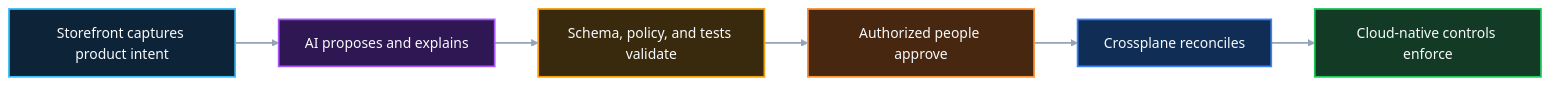
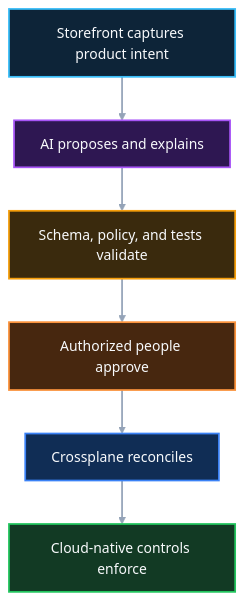
Before and after one commit to SAABOLImpactVenture/ai-powered-infrastructure-as-a-product: the second of 7 diagrams in README.md, drawn with Mermaid. The commit also changed other lines of this file and 3 other files, not shown here.

````diff
--- a/README.md
+++ b/README.md
@@ -177,22 +179,22 @@
 ```mermaid
-flowchart LR
+flowchart TB
   S[Storefront captures product intent] --> A[AI proposes and explains]
   A --> D[Schema, policy, and tests validate]
   D --> H[Authorized people approve]
   H --> X[Crossplane reconciles]
   X --> C[Cloud-native controls enforce]
 
   classDef experience fill:#0D2438,stroke:#38BDF8,stroke-width:2px,color:#F8FAFC
   classDef intelligence fill:#2E1752,stroke:#A855F7,stroke-width:2px,color:#F8FAFC
   classDef governance fill:#3A2A0D,stroke:#F59E0B,stroke-width:2px,color:#F8FAFC
   classDef human fill:#47270F,stroke:#FB923C,stroke-width:2px,color:#F8FAFC
   classDef control fill:#102D55,stroke:#3B82F6,stroke-width:2px,color:#F8FAFC
   classDef enforcement fill:#123A24,stroke:#22C55E,stroke-width:2px,color:#F8FAFC
   class S experience
   class A intelligence
   class D governance
   class H human
   class X control
   class C enforcement
   linkStyle default stroke:#94A3B8,stroke-width:2px
 ```
````
